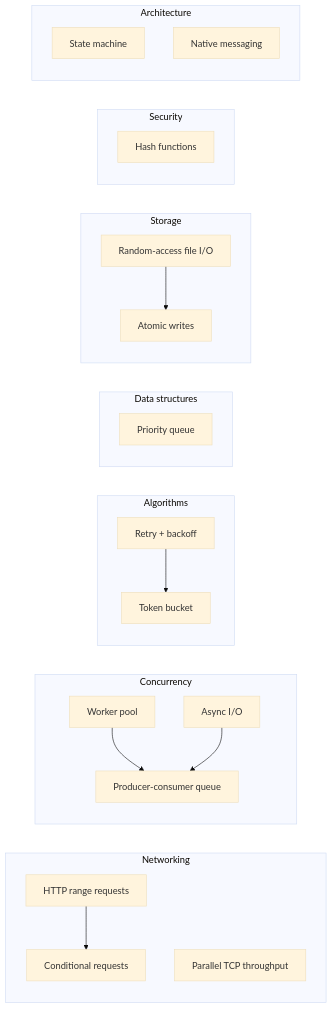
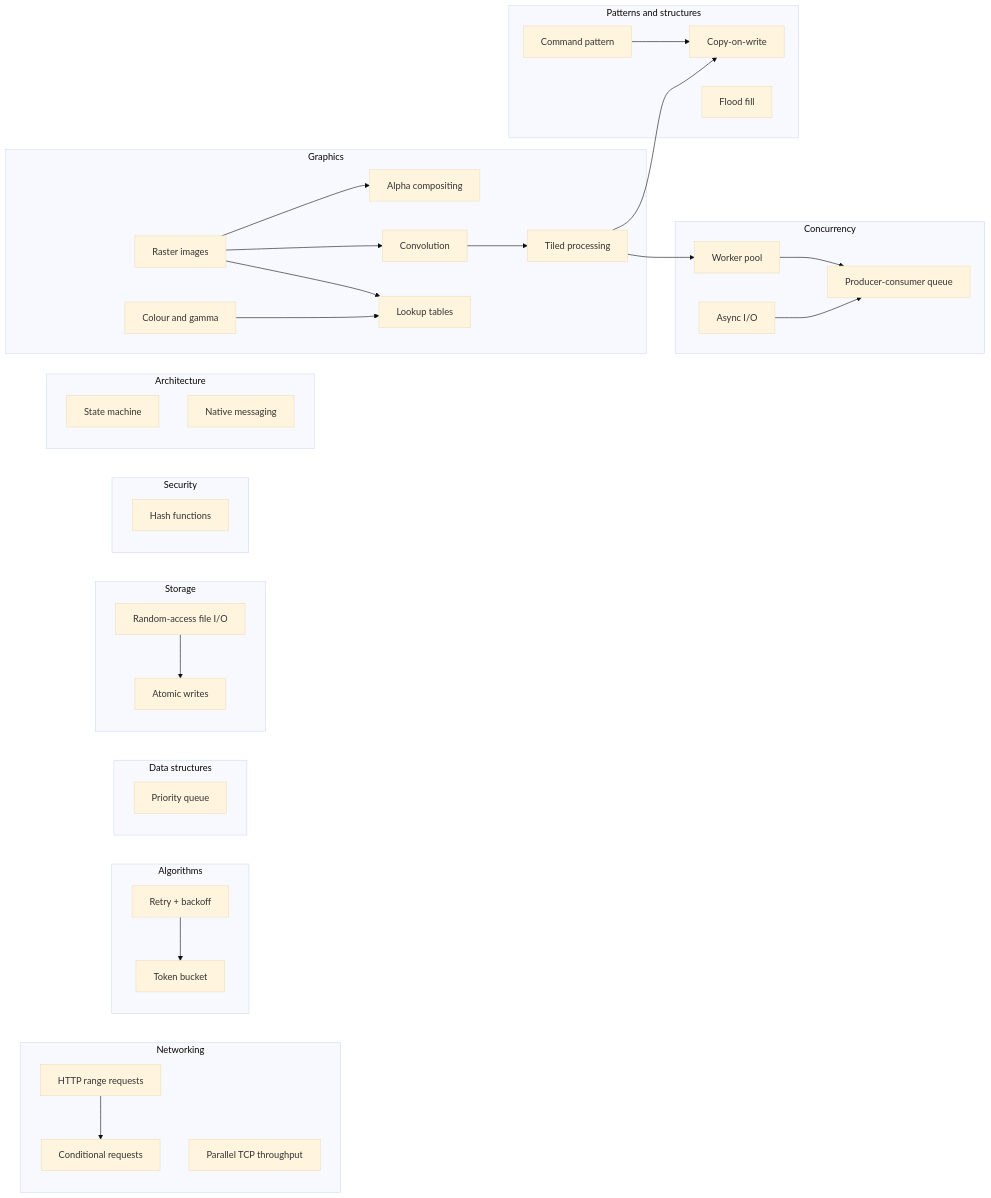
The diagram in content/concepts/index.md (Fatalshears/GlitchGallery), drawn with Mermaid (base theme) before and after one commit. The commit also changed other lines of this file and 51 other files, not shown here.

````diff
--- a/content/concepts/index.md
+++ b/content/concepts/index.md
@@ -8,36 +8,55 @@
 ```mermaid
 flowchart LR
   subgraph Networking
     RR[HTTP range requests]
     CR[Conditional requests]
     TCP[Parallel TCP throughput]
   end
   subgraph Concurrency
     WP[Worker pool]
     PC[Producer-consumer queue]
     AIO[Async I/O]
   end
   subgraph Algorithms
     TB[Token bucket]
     RB[Retry + backoff]
   end
   subgraph "Data structures"
     PQ[Priority queue]
   end
   subgraph Storage
     RA[Random-access file I/O]
     AW[Atomic writes]
   end
   subgraph Security
     H[Hash functions]
   end
   subgraph Architecture
     FSM[State machine]
     NM[Native messaging]
   end
   RR --> CR
   WP --> PC
   AIO --> PC
   RA --> AW
   RB --> TB
+  subgraph Graphics
+    RI[Raster images]
+    CG[Colour and gamma]
+    AC[Alpha compositing]
+    CK[Convolution]
+    LUT[Lookup tables]
+    TI[Tiled processing]
+  end
+  subgraph Patterns["Patterns and structures"]
+    CP[Command pattern]
+    COW[Copy-on-write]
+    FF[Flood fill]
+  end
+  RI --> AC & CK & LUT
+  CG --> LUT
+  CK --> TI
+  TI --> WP
+  CP --> COW
+  TI --> COW
 ```
````
